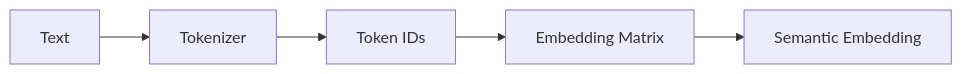
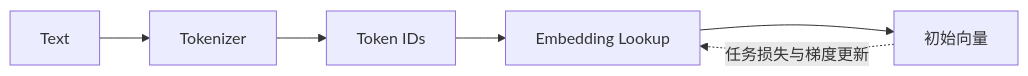
The diagram in 1. LLM基础/3.3 Embedding 是如何学习语义的？.md (AI-learning-simple/Build-Your-Own-LLM), drawn with Mermaid before and after one commit. The commit also changed other lines of this file and 60 other files, not shown here.

````diff
--- a/1. LLM基础/3.3 Embedding 是如何学习语义的？.md
+++ b/1. LLM基础/3.3 Embedding 是如何学习语义的？.md
@@ -124,4 +125,5 @@
 ```mermaid
 flowchart LR
-    A[Text] --> B[Tokenizer] --> C["Token IDs"] --> D["Embedding Matrix"] --> E["Semantic Embedding"]
+    A[Text] --> B[Tokenizer] --> C["Token IDs"] --> D["Embedding Lookup"] --> E["初始向量"]
+    E -.任务损失与梯度更新.-> D
 ```
````
